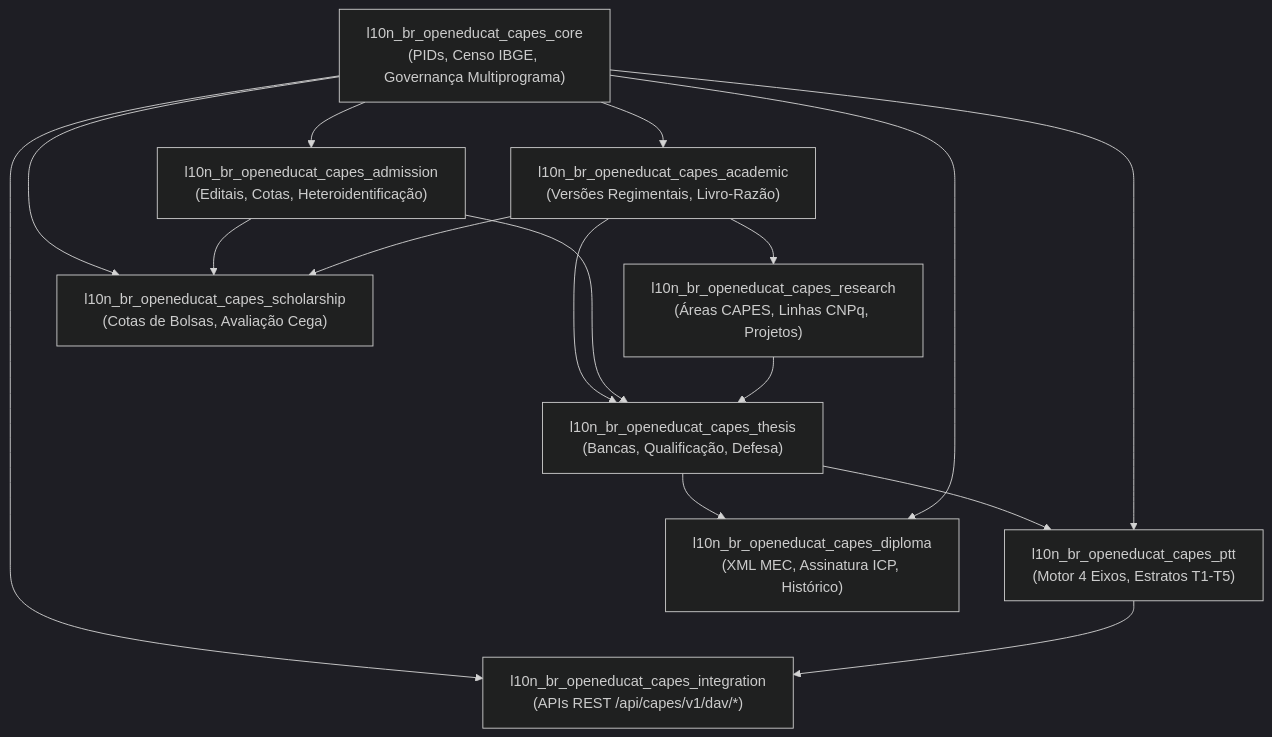
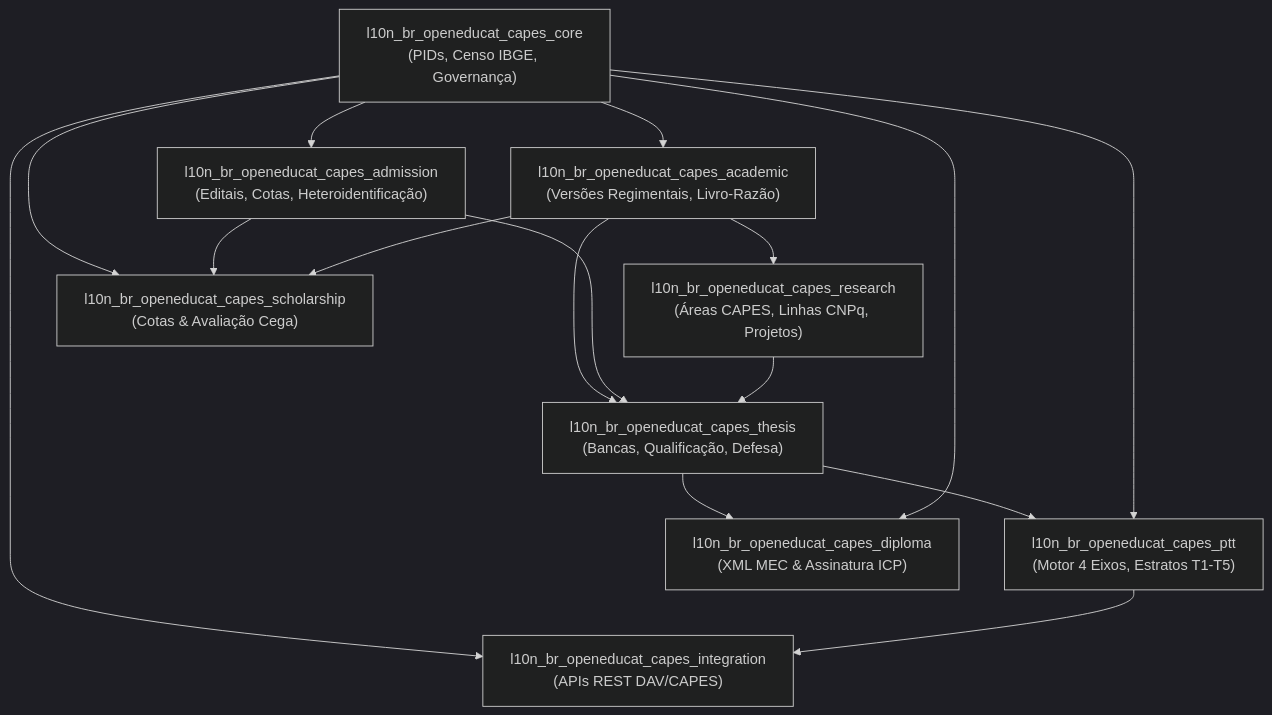
Before and after one commit to momenezes/livroddd: the first of 3 diagrams in 03-arquitetura-e-modelagem.qmd, drawn with Mermaid (dark theme). The commit also changed other lines of this file and 14 other files, not shown here.

Commit message:
fix: elimina truncamento e melhora contraste de textos nos diagramas mermaid

````diff
--- a/03-arquitetura-e-modelagem.qmd
+++ b/03-arquitetura-e-modelagem.qmd
@@ -7,28 +7,28 @@
 ```{mermaid}
 flowchart TD
-    Core["l10n_br_openeducat_capes_core<br/>(PIDs, Censo IBGE, Governança Multiprograma)"]
+    Core["l10n_br_openeducat_capes_core<br/>(PIDs, Censo IBGE, Governança)"]
     Academic["l10n_br_openeducat_capes_academic<br/>(Versões Regimentais, Livro-Razão)"]
     Admission["l10n_br_openeducat_capes_admission<br/>(Editais, Cotas, Heteroidentificação)"]
     Research["l10n_br_openeducat_capes_research<br/>(Áreas CAPES, Linhas CNPq, Projetos)"]
     Thesis["l10n_br_openeducat_capes_thesis<br/>(Bancas, Qualificação, Defesa)"]
     PTT["l10n_br_openeducat_capes_ptt<br/>(Motor 4 Eixos, Estratos T1-T5)"]
-    Diploma["l10n_br_openeducat_capes_diploma<br/>(XML MEC, Assinatura ICP, Histórico)"]
-    Integration["l10n_br_openeducat_capes_integration<br/>(APIs REST /api/capes/v1/dav/*)"]
-    Scholarship["l10n_br_openeducat_capes_scholarship<br/>(Cotas de Bolsas, Avaliação Cega)"]
+    Diploma["l10n_br_openeducat_capes_diploma<br/>(XML MEC & Assinatura ICP)"]
+    Integration["l10n_br_openeducat_capes_integration<br/>(APIs REST DAV/CAPES)"]
+    Scholarship["l10n_br_openeducat_capes_scholarship<br/>(Cotas & Avaliação Cega)"]
 
     Core --> Academic
     Core --> Admission
     Core --> Scholarship
     Core --> Integration
     Academic --> Research
     Academic --> Thesis
     Admission --> Thesis
     Research --> Thesis
     Thesis --> PTT
     Thesis --> Diploma
     Core --> PTT
     Core --> Diploma
     Admission --> Scholarship
     Academic --> Scholarship
     PTT --> Integration
 ```
````
